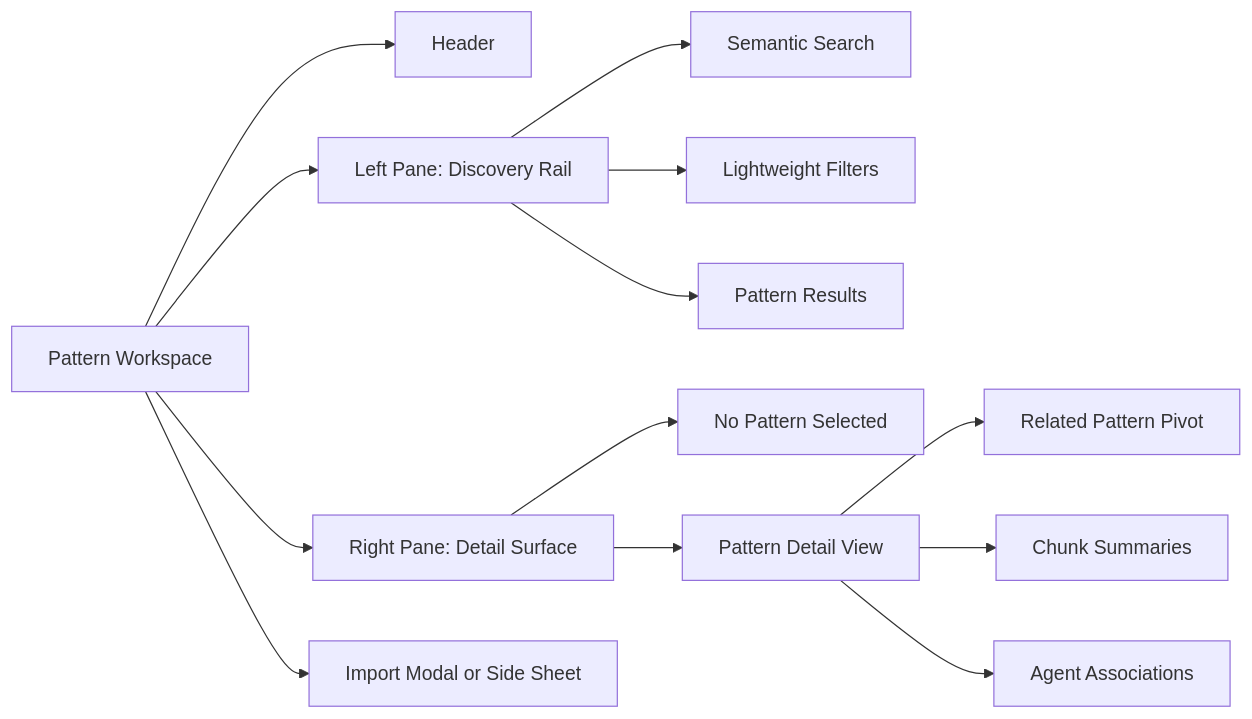
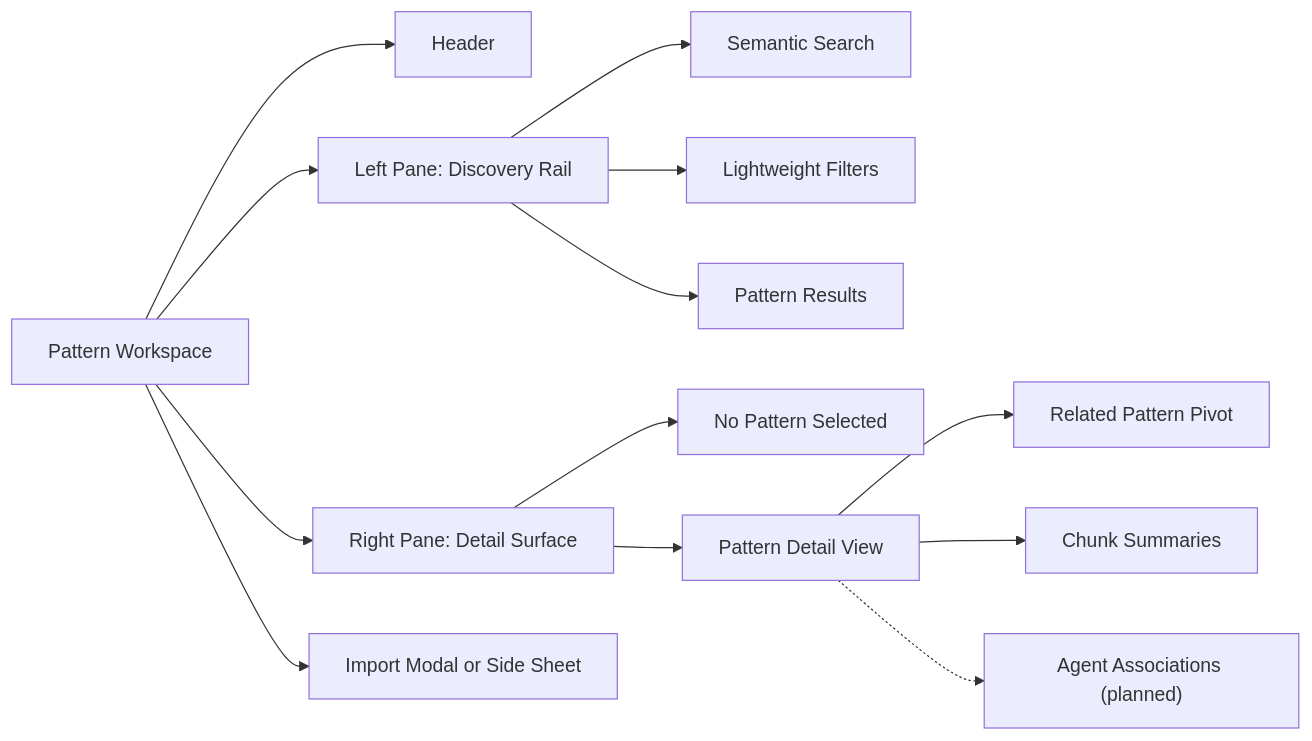
One commit to twistingmercury/mnemonic-docs changed the first of 4 diagrams in docs/architecture/admin/screen-map.md. Above: the diagram before and after it, drawn with Mermaid. The commit also changed other lines of this file and 41 other files, not shown here.

````diff
--- a/docs/architecture/admin/screen-map.md
+++ b/docs/architecture/admin/screen-map.md
@@ -28,20 +28,20 @@
 ```mermaid
 flowchart LR
     Workspace[Pattern Workspace]
 
     Workspace --> Header[Header]
     Workspace --> SearchRail[Left Pane: Discovery Rail]
     Workspace --> DetailPane[Right Pane: Detail Surface]
     Workspace --> ImportOverlay[Import Modal or Side Sheet]
 
     SearchRail --> SearchBox[Semantic Search]
     SearchRail --> Filters[Lightweight Filters]
     SearchRail --> ResultList[Pattern Results]
 
     DetailPane --> EmptyState[No Pattern Selected]
     DetailPane --> PatternView[Pattern Detail View]
 
     PatternView --> RelatedPivot[Related Pattern Pivot]
     PatternView --> ChunkSection[Chunk Summaries]
-    PatternView --> AgentSection[Agent Associations]
+    PatternView -.-> AgentSection["Agent Associations (planned)"]
 ```
````
